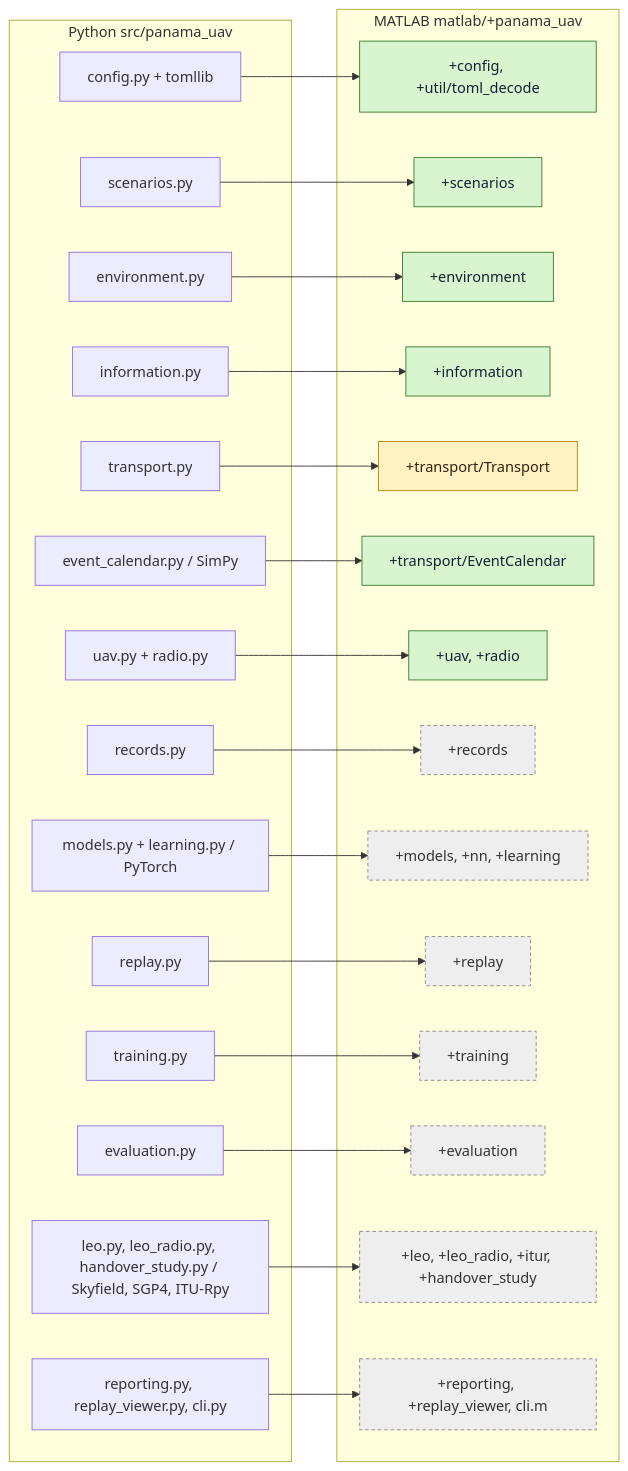
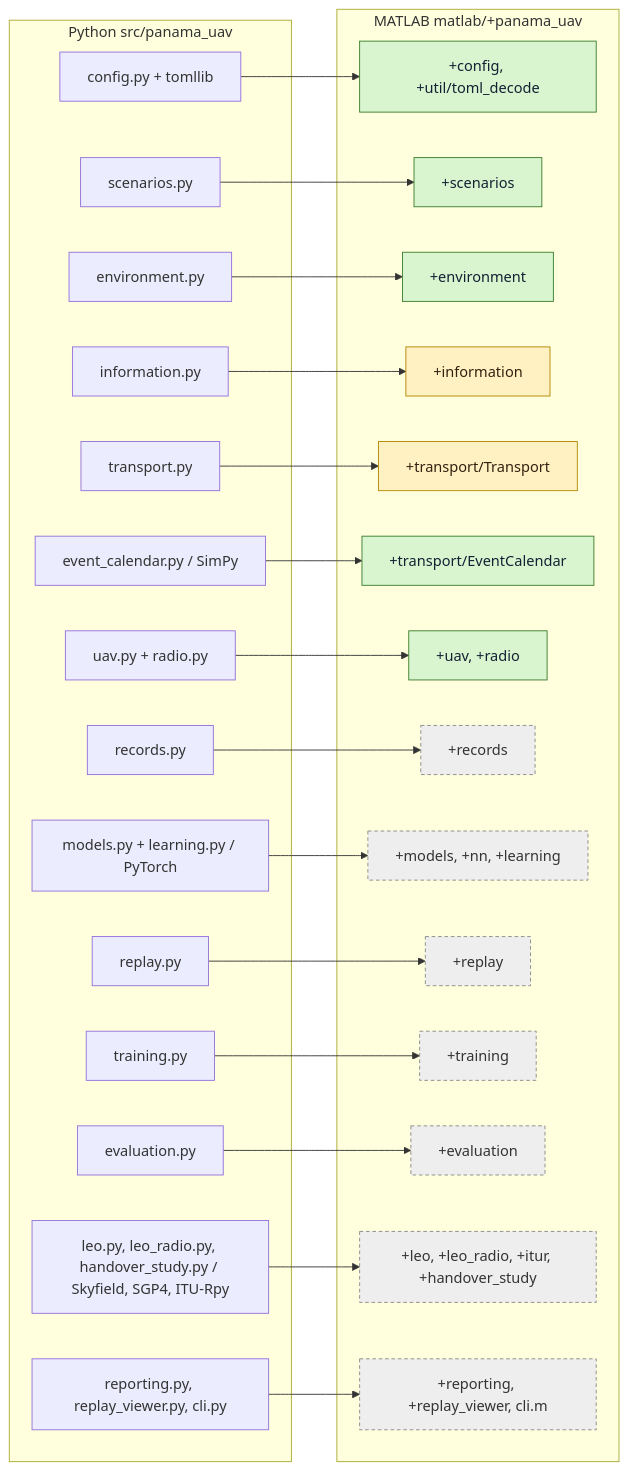
Before and after one commit to arman-dogru/SANGIN-dev: the diagram in README_MATLAB.md, drawn with Mermaid. The commit also changed other lines of this file and 22 other files, not shown here.

````diff
--- a/README_MATLAB.md
+++ b/README_MATLAB.md
@@ -16,55 +16,55 @@
 ```mermaid
 flowchart LR
     classDef done fill:#d8f5d0,stroke:#3a7d2c,color:#123;
     classDef partial fill:#fff1c2,stroke:#b38600,color:#321;
     classDef stub fill:#eeeeee,stroke:#888,color:#333,stroke-dasharray:4 3;
 
     subgraph PY["Python  src/panama_uav"]
         p_cfg[config.py + tomllib]
         p_scen[scenarios.py]
         p_env[environment.py]
         p_info[information.py]
         p_tr[transport.py]
         p_cal[event_calendar.py / SimPy]
         p_uav[uav.py + radio.py]
         p_rec[records.py]
         p_nn[models.py + learning.py / PyTorch]
         p_rep[replay.py]
         p_train[training.py]
         p_eval[evaluation.py]
         p_leo[leo.py, leo_radio.py, handover_study.py / Skyfield, SGP4, ITU-Rpy]
         p_out[reporting.py, replay_viewer.py, cli.py]
     end
 
     subgraph ML["MATLAB  matlab/+panama_uav"]
         m_cfg[+config, +util/toml_decode]:::done
         m_scen[+scenarios]:::done
         m_env[+environment]:::done
-        m_info[+information]:::done
+        m_info[+information]:::partial
         m_tr[+transport/Transport]:::partial
         m_cal[+transport/EventCalendar]:::done
         m_uav[+uav, +radio]:::done
         m_rec[+records]:::stub
         m_nn[+models, +nn, +learning]:::stub
         m_rep[+replay]:::stub
         m_train[+training]:::stub
         m_eval[+evaluation]:::stub
         m_leo[+leo, +leo_radio, +itur, +handover_study]:::stub
         m_out[+reporting, +replay_viewer, cli.m]:::stub
     end
 
     p_cfg --> m_cfg
     p_scen --> m_scen
     p_env --> m_env
     p_info --> m_info
     p_tr --> m_tr
     p_cal --> m_cal
     p_uav --> m_uav
     p_rec --> m_rec
     p_nn --> m_nn
     p_rep --> m_rep
     p_train --> m_train
     p_eval --> m_eval
     p_leo --> m_leo
     p_out --> m_out
 ```
````
